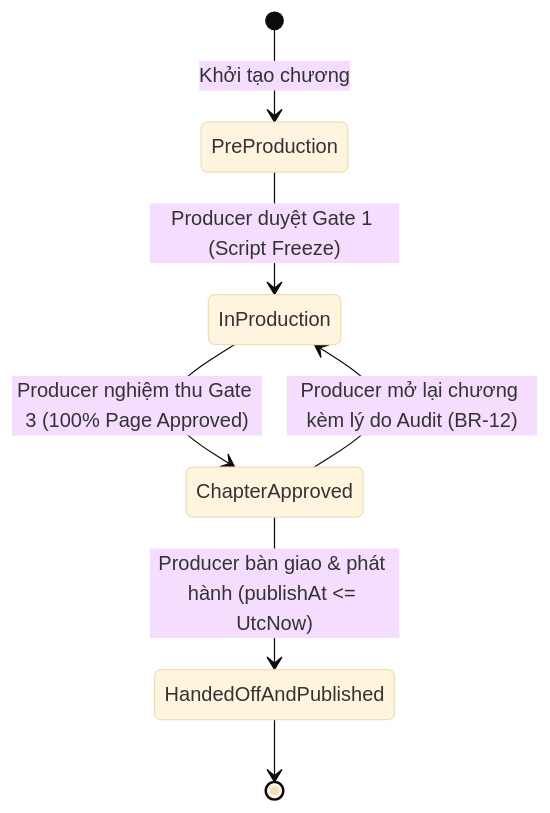
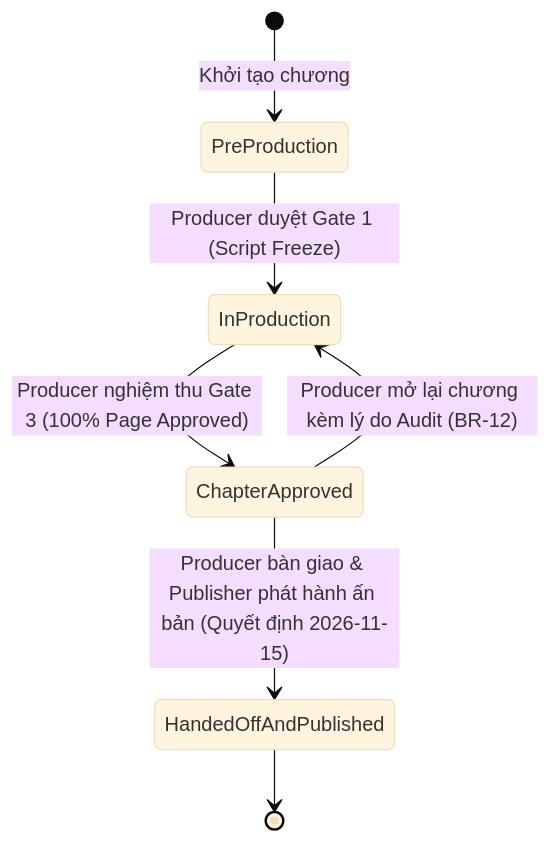
The first of 4 diagrams in docs/standards/PanelForge_Ubiquitous_Language_and_State_Glossary.md (tkiennt/panelforge-hubs), drawn with Mermaid (base theme) before and after one commit. The commit also changed other lines of this file and 4 other files, not shown here.

Commit message:
docs(release): publisher publishes after producer hand-off

````diff
--- a/docs/standards/PanelForge_Ubiquitous_Language_and_State_Glossary.md
+++ b/docs/standards/PanelForge_Ubiquitous_Language_and_State_Glossary.md
@@ -75,9 +75,9 @@
 ```mermaid
 stateDiagram-v2
     [*] --> PreProduction: Khởi tạo chương
     PreProduction --> InProduction: Producer duyệt Gate 1 (Script Freeze)
     InProduction --> ChapterApproved: Producer nghiệm thu Gate 3 (100% Page Approved)
     ChapterApproved --> InProduction: Producer mở lại chương kèm lý do Audit (BR-12)
-    ChapterApproved --> HandedOffAndPublished: Producer bàn giao & phát hành (publishAt <= UtcNow)
+    ChapterApproved --> HandedOffAndPublished: Producer bàn giao & Publisher phát hành ấn bản (Quyết định 2026-11-15)
     HandedOffAndPublished --> [*]
 ```
````
